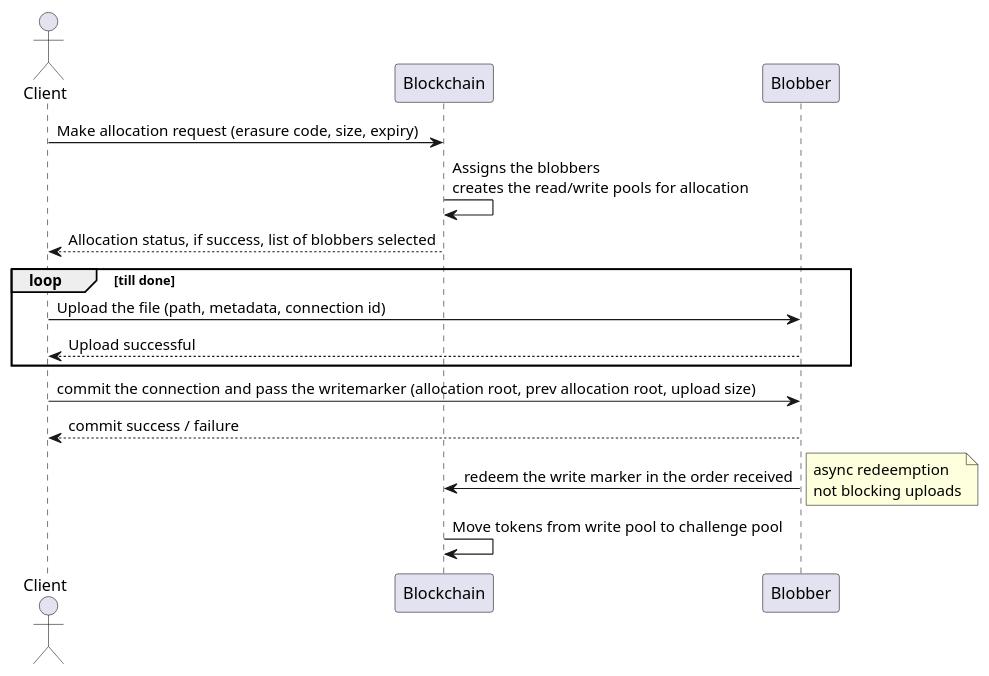
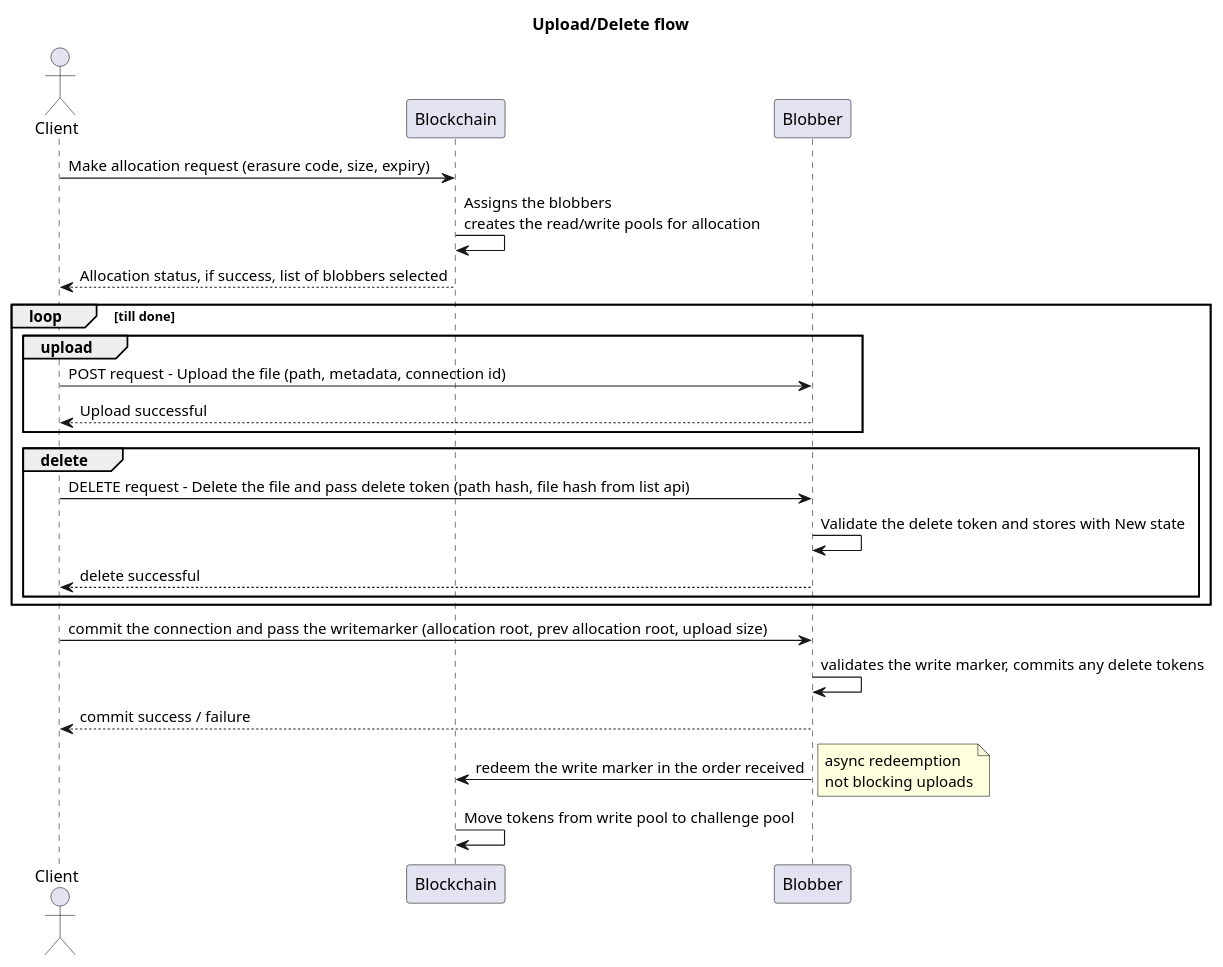
Before and after one commit to 0chain/blobber: the diagram in docs/src/upload_flow.plantuml, drawn with PlantUML.

Commit message:
update the the upload/delete flow docs

```diff
--- a/docs/src/upload_flow.plantuml
+++ b/docs/src/upload_flow.plantuml
@@ -1,27 +1,36 @@
-@startuml
+@startuml Upload / Delete Flow
 
 actor Client
 
-
+title Upload/Delete flow
 Client -> Blockchain : Make allocation request (erasure code, size, expiry)
 Blockchain -> Blockchain : Assigns the blobbers \ncreates the read/write pools for allocation
 Blockchain --> Client : Allocation status, if success, list of blobbers selected
 
 
 loop till done
-    Client -> Blobber : Upload the file (path, metadata, connection id)
+group upload    
+    Client -> Blobber : POST request - Upload the file (path, metadata, connection id)
     Blobber --> Client : Upload successful
 end
+group delete    
+    Client -> Blobber : DELETE request - Delete the file and pass delete token (path hash, file hash from list api)
+    Blobber -> Blobber : Validate the delete token and stores with New state
+    Blobber --> Client : delete successful
+end
+end
 Client -> Blobber : commit the connection and pass the writemarker (allocation root, prev allocation root, upload size) 
+Blobber -> Blobber : validates the write marker, commits any delete tokens
 Blobber --> Client : commit success / failure
+
 
 
 Blobber -> Blockchain : redeem the write marker in the order received
 note right
 async redeemption
 not blocking uploads
 end note
 
 Blockchain -> Blockchain : Move tokens from write pool to challenge pool
 
 @enduml
```
